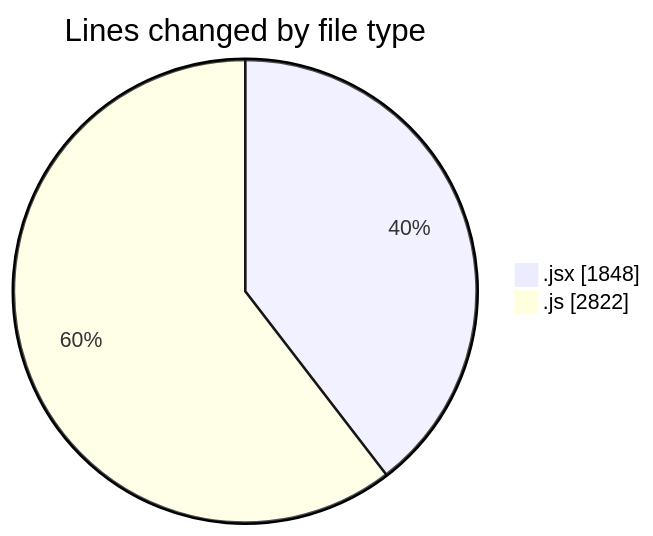
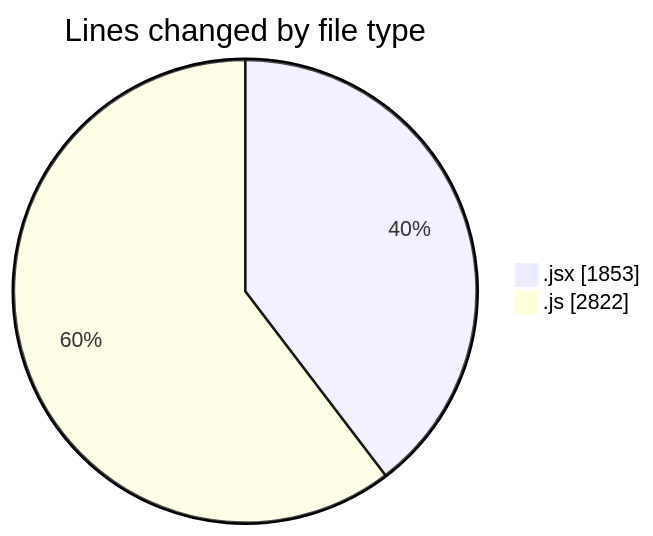
The first of 2 diagrams in 2025-11-07/nxtqube_webapp/README.md (nxtqubesakshisongat/code-tracking), drawn with Mermaid before and after one commit. The commit also changed other lines of this file and 1 other file, not shown here.

````diff
--- a/2025-11-07/nxtqube_webapp/README.md
+++ b/2025-11-07/nxtqube_webapp/README.md
@@ -27,6 +27,6 @@
 ```mermaid
 pie showData
 title Lines changed by file type
-".jsx" : 1848
+".jsx" : 1853
 ".js" : 2822
 ```
````
